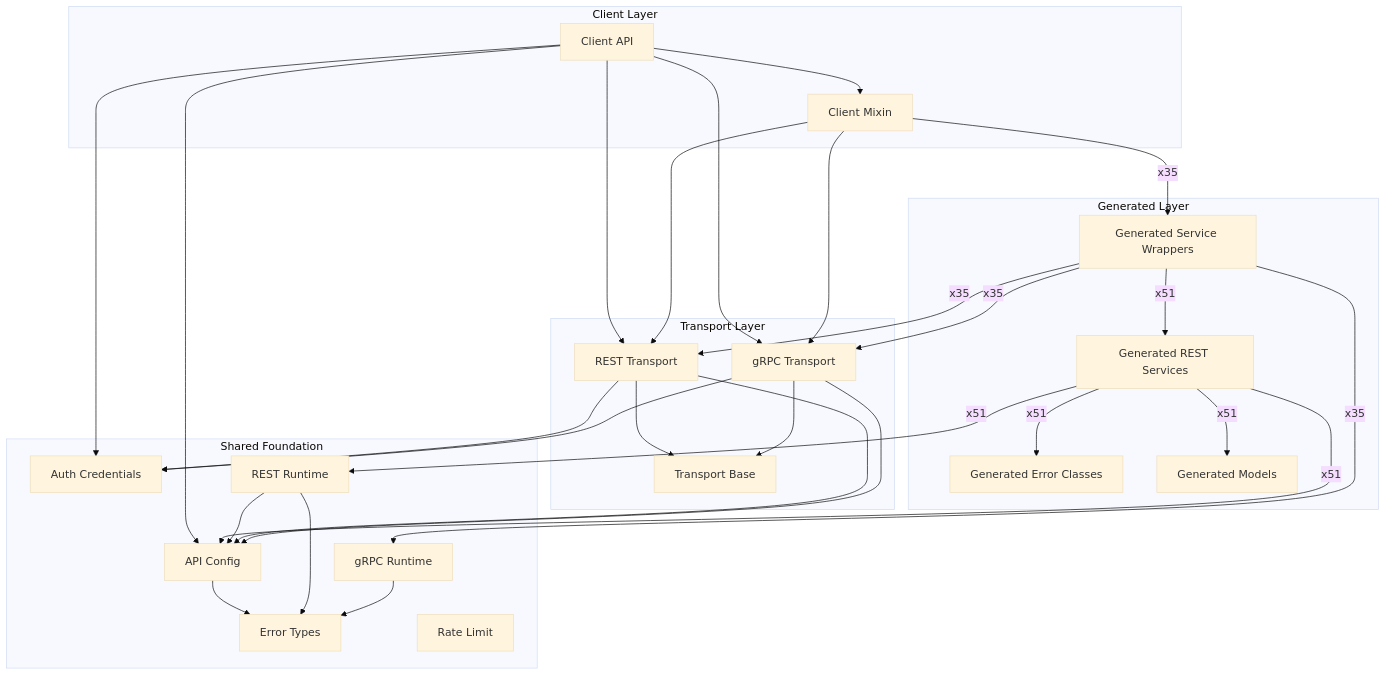
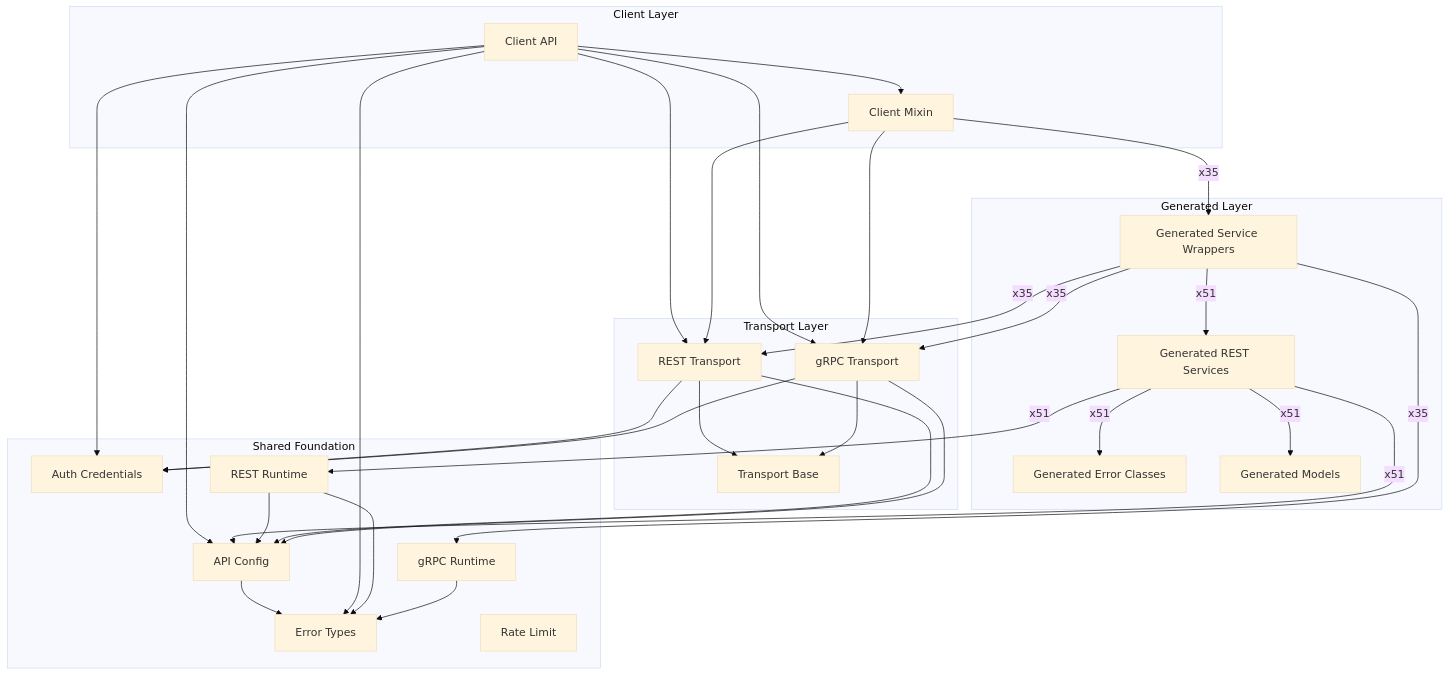
Before and after one commit to alexdearaujo/community_sdk_python: the diagram in docs/sphinx/sdk_runtime_architecture.md, drawn with Mermaid (base theme). The commit also changed 5 other files, not shown here.

First line of the commit message:
fix: raise ConfigurationError, not ValueError, for bad client configuration

````diff
--- a/docs/sphinx/sdk_runtime_architecture.md
+++ b/docs/sphinx/sdk_runtime_architecture.md
@@ -22,53 +22,54 @@
 ```mermaid
 flowchart TB
     subgraph client["Client Layer"]
         Client_API["Client API"]
         Client_Mixin["Client Mixin"]
     end
     subgraph generated["Generated Layer"]
         Generated_Error_Classes["Generated Error Classes"]
         Generated_Models["Generated Models"]
         Generated_REST_Services["Generated REST Services"]
         Generated_Service_Wrappers["Generated Service Wrappers"]
     end
     subgraph transport["Transport Layer"]
         REST_Transport["REST Transport"]
         Transport_Base["Transport Base"]
         gRPC_Transport["gRPC Transport"]
     end
     subgraph foundation["Shared Foundation"]
         API_Config["API Config"]
         Auth_Credentials["Auth Credentials"]
         Error_Types["Error Types"]
         REST_Runtime["REST Runtime"]
         Rate_Limit["Rate Limit"]
         gRPC_Runtime["gRPC Runtime"]
     end
 
     API_Config --> Error_Types
     Client_API --> API_Config
     Client_API --> Auth_Credentials
     Client_API --> Client_Mixin
+    Client_API --> Error_Types
     Client_API --> REST_Transport
     Client_API --> gRPC_Transport
     Client_Mixin -->|"x35"| Generated_Service_Wrappers
     Client_Mixin --> REST_Transport
     Client_Mixin --> gRPC_Transport
     Generated_REST_Services -->|"x51"| API_Config
     Generated_REST_Services -->|"x51"| Generated_Error_Classes
     Generated_REST_Services -->|"x51"| Generated_Models
     Generated_REST_Services -->|"x51"| REST_Runtime
     Generated_Service_Wrappers -->|"x51"| Generated_REST_Services
     Generated_Service_Wrappers -->|"x35"| REST_Transport
     Generated_Service_Wrappers -->|"x35"| gRPC_Runtime
     Generated_Service_Wrappers -->|"x35"| gRPC_Transport
     REST_Runtime --> API_Config
     REST_Runtime --> Error_Types
     REST_Transport --> API_Config
     REST_Transport --> Auth_Credentials
     REST_Transport --> Transport_Base
     gRPC_Runtime --> Error_Types
     gRPC_Transport --> API_Config
     gRPC_Transport --> Auth_Credentials
     gRPC_Transport --> Transport_Base
 ```
````
